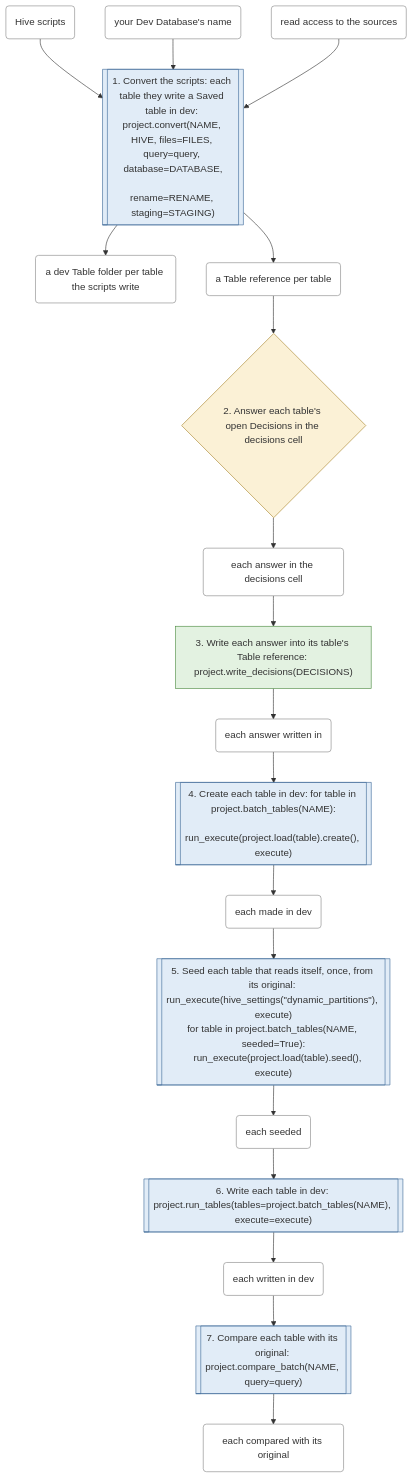
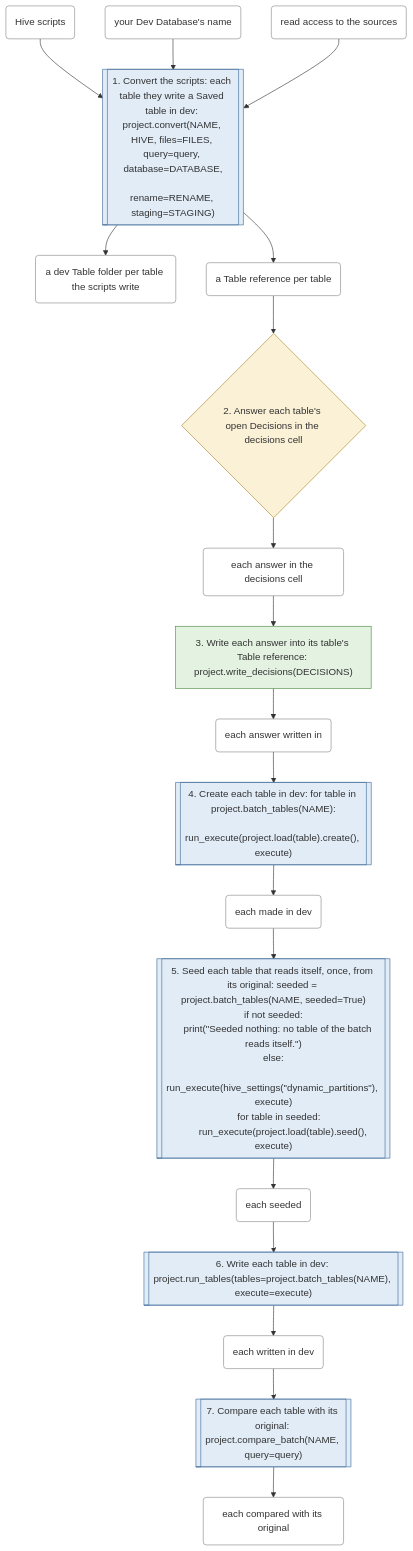
One commit to EdgyPage/SQL-Composer changed the first of 6 diagrams in docs/workflows.md. Above: the diagram before and after it, drawn with Mermaid. The commit also changed other lines of this file and 24 other files, not shown here.

````diff
--- a/docs/workflows.md
+++ b/docs/workflows.md
@@ -31,46 +31,50 @@
 ```mermaid
 flowchart TD
     s0[["1. Convert the scripts: each table they write a Saved table in dev: project.convert(NAME, HIVE, files=FILES, query=query, database=DATABASE,
                 rename=RENAME, staging=STAGING)"]]:::warehouse_call
     s1{"2. Answer each table's open Decisions in the decisions cell"}:::your_decision
     s2["3. Write each answer into its table's Table reference: project.write_decisions(DECISIONS)"]:::files_only
     s3[["4. Create each table in dev: for table in project.batch_tables(NAME):
     run_execute(project.load(table).create(), execute)"]]:::warehouse_call
-    s4[["5. Seed each table that reads itself, once, from its original: run_execute(hive_settings(#quot;dynamic_partitions#quot;), execute)
-for table in project.batch_tables(NAME, seeded=True):
-    run_execute(project.load(table).seed(), execute)"]]:::warehouse_call
+    s4[["5. Seed each table that reads itself, once, from its original: seeded = project.batch_tables(NAME, seeded=True)
+if not seeded:
+    print(#quot;Seeded nothing: no table of the batch reads itself.#quot;)
+else:
+    run_execute(hive_settings(#quot;dynamic_partitions#quot;), execute)
+    for table in seeded:
+        run_execute(project.load(table).seed(), execute)"]]:::warehouse_call
     s5[["6. Write each table in dev: project.run_tables(tables=project.batch_tables(NAME), execute=execute)"]]:::warehouse_call
     s6[["7. Compare each table with its original: project.compare_batch(NAME, query=query)"]]:::warehouse_call
     t0("Hive scripts"):::thing
     t1("your Dev Database's name"):::thing
     t2("read access to the sources"):::thing
     t3("a dev Table folder per table the scripts write"):::thing
     t4("a Table reference per table"):::thing
     t5("each answer in the decisions cell"):::thing
     t6("each answer written in"):::thing
     t7("each made in dev"):::thing
     t8("each seeded"):::thing
     t9("each written in dev"):::thing
     t10("each compared with its original"):::thing
     t0 --> s0
     t1 --> s0
     t2 --> s0
     s0 --> t3
     s0 --> t4
     t4 --> s1
     s1 --> t5
     t5 --> s2
     s2 --> t6
     t6 --> s3
     s3 --> t7
     t7 --> s4
     s4 --> t8
     t8 --> s5
     s5 --> t9
     t9 --> s6
     s6 --> t10
     classDef files_only fill:#e3f2e1,stroke:#4a8a3f
     classDef warehouse_call fill:#e1ecf7,stroke:#3f6a9a
     classDef your_decision fill:#fbf1d6,stroke:#a8842a
     classDef thing fill:#ffffff,stroke:#888888
 ```
````
